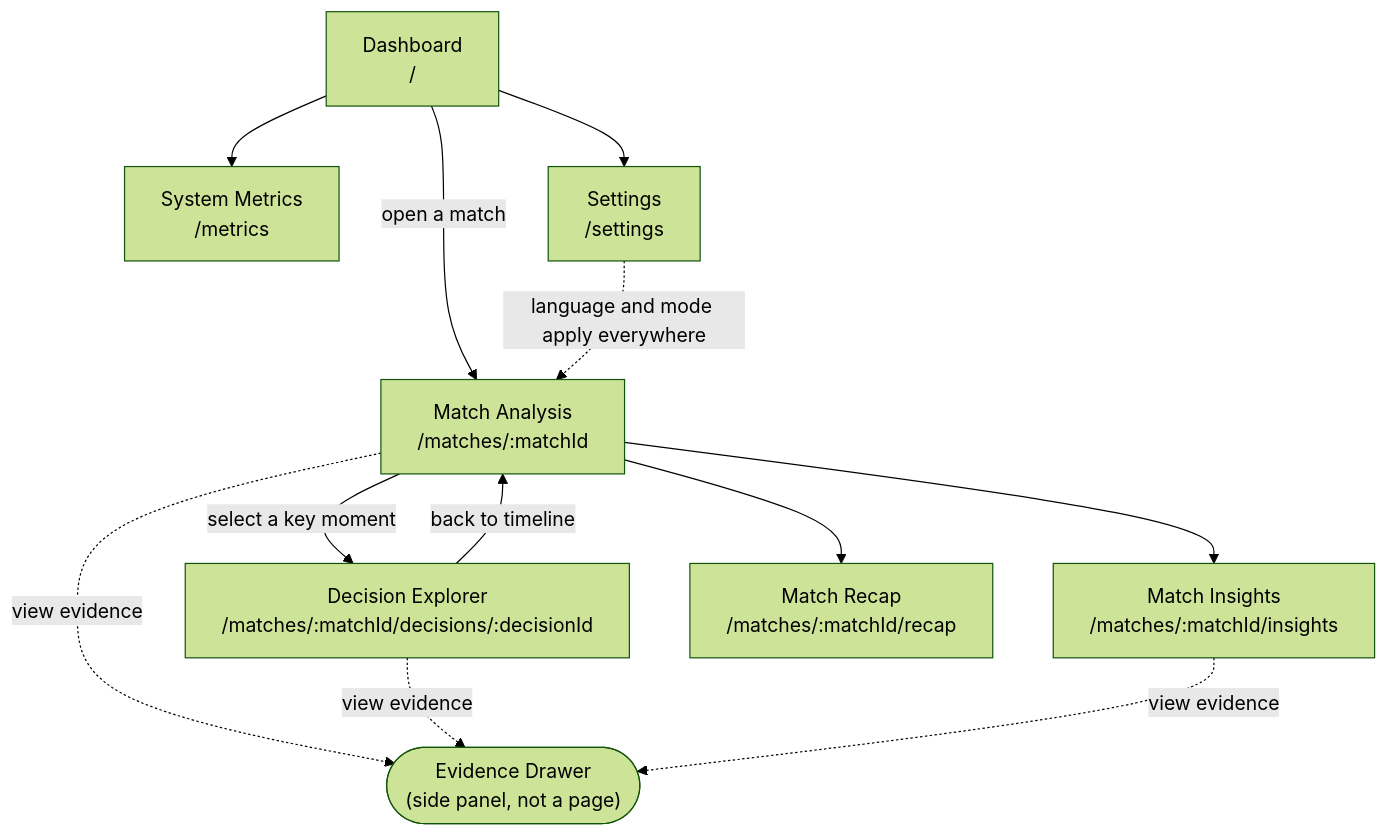
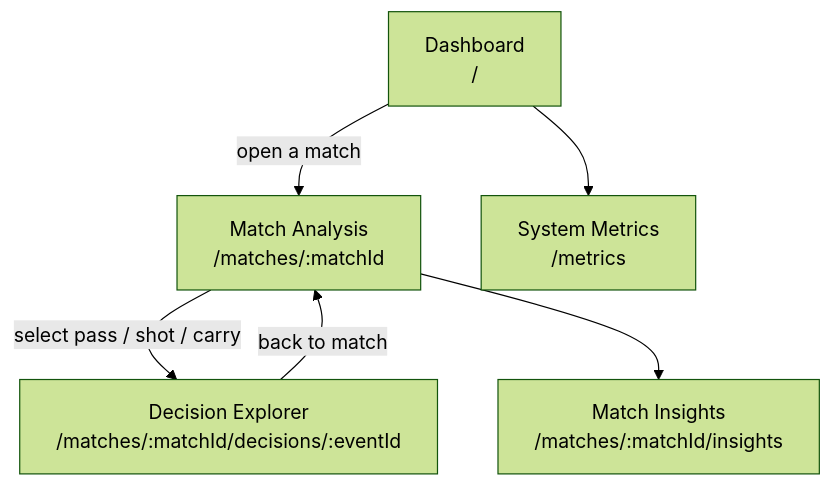
Before and after one commit to Adamzuckk/Rematch: the second of 2 diagrams in README.md, drawn with Mermaid (forest theme). The commit also changed other lines of this file and 100 other files, not shown here.

````diff
--- a/README.md
+++ b/README.md
@@ -95,23 +95,14 @@
 ```mermaid
 flowchart TD
     D["Dashboard<br/>/"]
     M["Match Analysis<br/>/matches/:matchId"]
-    X["Decision Explorer<br/>/matches/:matchId/decisions/:decisionId"]
+    X["Decision Explorer<br/>/matches/:matchId/decisions/:eventId"]
     I["Match Insights<br/>/matches/:matchId/insights"]
-    R["Match Recap<br/>/matches/:matchId/recap"]
     S["System Metrics<br/>/metrics"]
-    T["Settings<br/>/settings"]
-    E(["Evidence Drawer<br/>(side panel, not a page)"])
 
     D -->|open a match| M
-    M -->|select a key moment| X
+    M -->|select pass / shot / carry| X
     M --> I
-    M --> R
-    M -.->|view evidence| E
-    X -.->|view evidence| E
-    I -.->|view evidence| E
-    X -->|back to timeline| M
+    X -->|back to match| M
     D --> S
-    D --> T
-    T -.->|language and mode apply everywhere| M
 ```
````
